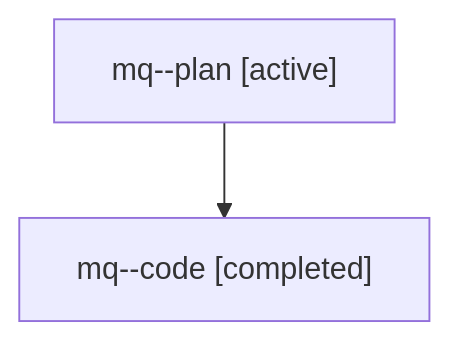
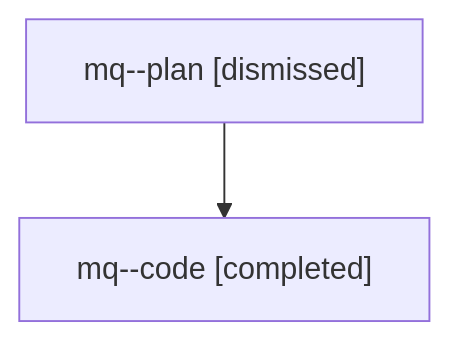
The diagram in sessions/bbugyi200.athena.mq.md (sase-org/sase--agents), drawn with Mermaid before and after one commit. The commit also changed other lines of this file and 18 other files, not shown here.

````diff
--- a/sessions/bbugyi200.athena.mq.md
+++ b/sessions/bbugyi200.athena.mq.md
@@ -9,6 +9,6 @@
 ```mermaid
 flowchart TD
-  n0["mq--plan [active]"]
+  n0["mq--plan [dismissed]"]
   n1["mq--code [completed]"]
   n0 --> n1
 ```
````
